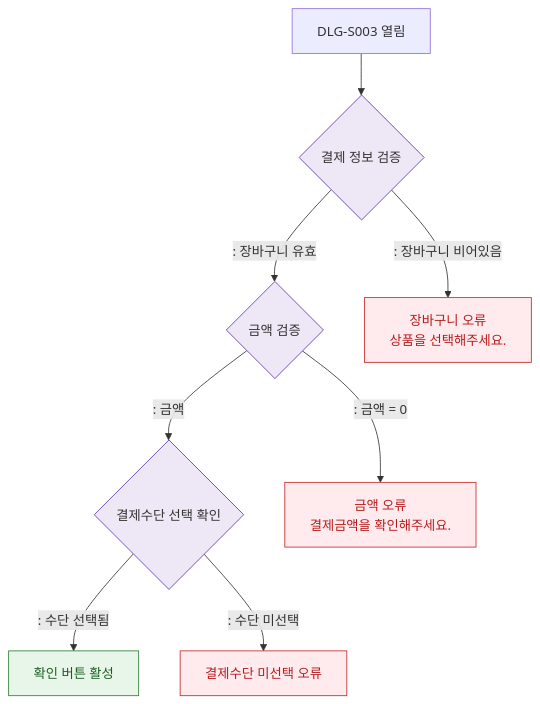
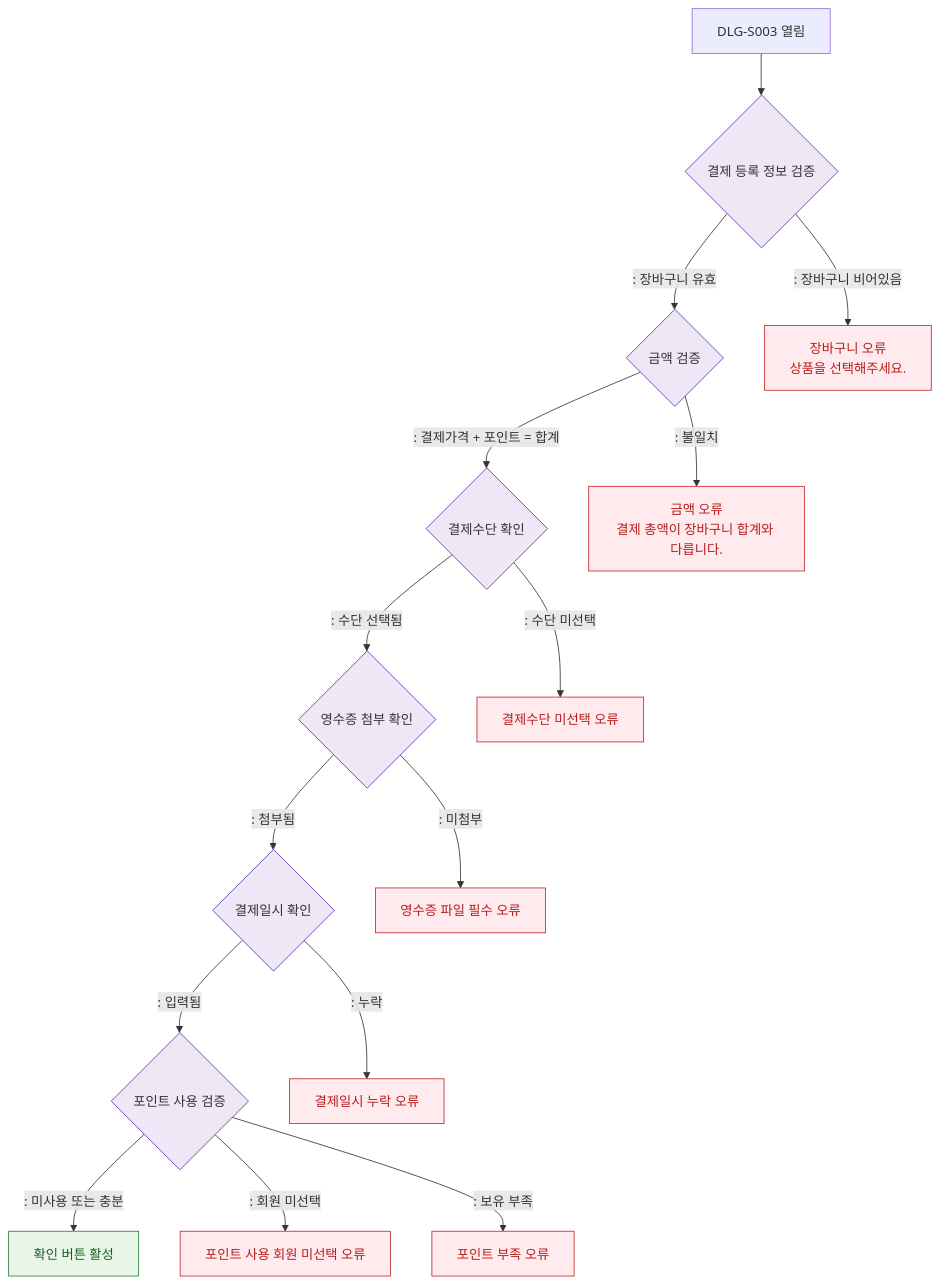
One commit to dev-spogym/admin-pando changed the diagram in docs/admin/다이어그램/D03_매출관리/DLG-S003_결제확인/M2_필드검증.md. Above: the diagram before and after it, drawn with Mermaid. The commit also changed other lines of this file and 189 other files, not shown here.

````diff
--- a/docs/admin/다이어그램/D03_매출관리/DLG-S003_결제확인/M2_필드검증.md
+++ b/docs/admin/다이어그램/D03_매출관리/DLG-S003_결제확인/M2_필드검증.md
@@ -18,21 +18,31 @@
 ```mermaid
 flowchart TD
-    OPEN[DLG-S003 열림] --> VALIDATE{결제 정보 검증}
+    OPEN[DLG-S003 열림] --> VALIDATE{결제 등록 정보 검증}
 
     VALIDATE -->|": 장바구니 유효"|AMOUNT_CHECK{금액 검증}
     VALIDATE -->|": 장바구니 비어있음"|ERR_CART[장바구니 오류\n상품을 선택해주세요.]
 
-    AMOUNT_CHECK -->|": 금액"|PAYMENT_CHECK{결제수단 선택 확인}
-    AMOUNT_CHECK -->|": 금액 = 0"|ERR_AMOUNT[금액 오류\n결제금액을 확인해주세요.]
+    AMOUNT_CHECK -->|": 결제가격 + 포인트 = 합계"|METHOD_CHECK{결제수단 확인}
+    AMOUNT_CHECK -->|": 불일치"|ERR_AMOUNT[금액 오류\n결제 총액이 장바구니 합계와 다릅니다.]
 
-    PAYMENT_CHECK -->|": 수단 선택됨"|CONFIRM_READY[확인 버튼 활성]
-    PAYMENT_CHECK -->|": 수단 미선택"|ERR_METHOD[결제수단 미선택 오류]
+    METHOD_CHECK -->|": 수단 선택됨"|RECEIPT_CHECK{영수증 첨부 확인}
+    METHOD_CHECK -->|": 수단 미선택"|ERR_METHOD[결제수단 미선택 오류]
+
+    RECEIPT_CHECK -->|": 첨부됨"|PAID_AT_CHECK{결제일시 확인}
+    RECEIPT_CHECK -->|": 미첨부"|ERR_RECEIPT[영수증 파일 필수 오류]
+
+    PAID_AT_CHECK -->|": 입력됨"|POINT_CHECK{포인트 사용 검증}
+    PAID_AT_CHECK -->|": 누락"|ERR_PAID_AT[결제일시 누락 오류]
+
+    POINT_CHECK -->|": 미사용 또는 충분"|CONFIRM_READY[확인 버튼 활성]
+    POINT_CHECK -->|": 회원 미선택"|ERR_MEMBER[포인트 사용 회원 미선택 오류]
+    POINT_CHECK -->|": 보유 부족"|ERR_POINT[포인트 부족 오류]
 
     classDef system fill:#EDE7F6,stroke:#5E35B2
     classDef success fill:#E8F5E9,stroke:#2E7D32,color:#1B5E20
     classDef error fill:#FFEBEE,stroke:#C62828,color:#B71C1C
 
-    class VALIDATE,AMOUNT_CHECK,PAYMENT_CHECK system
+    class VALIDATE,AMOUNT_CHECK,METHOD_CHECK,RECEIPT_CHECK,PAID_AT_CHECK,POINT_CHECK system
     class CONFIRM_READY success
-    class ERR_CART,ERR_AMOUNT,ERR_METHOD error
+    class ERR_CART,ERR_AMOUNT,ERR_METHOD,ERR_RECEIPT,ERR_PAID_AT,ERR_MEMBER,ERR_POINT error
 ```
````
